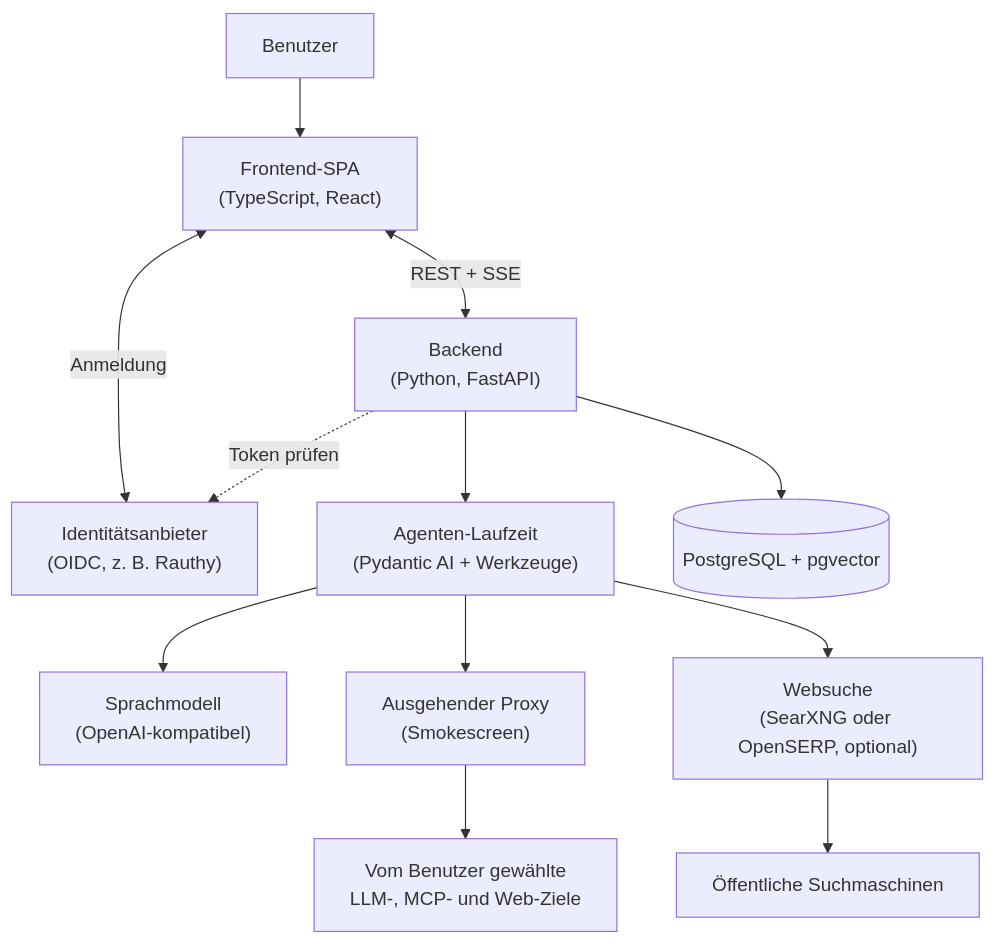
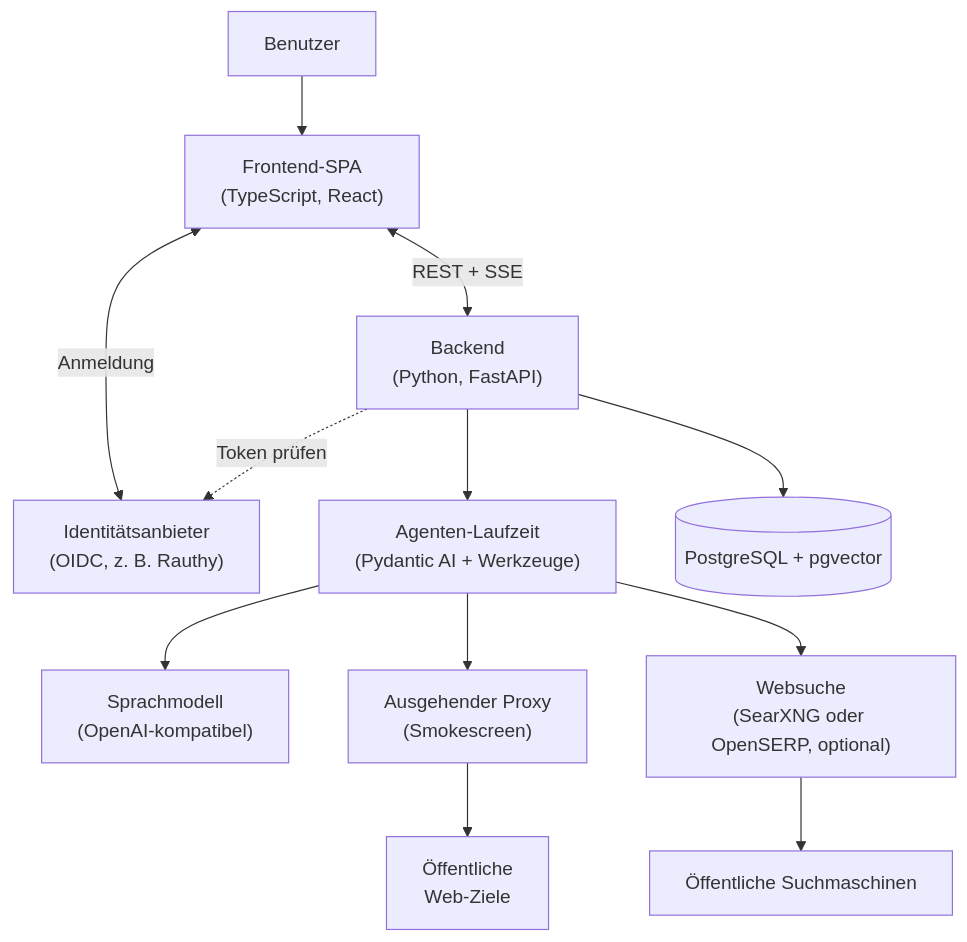
The diagram in docs/src/de/architecture.md (dfki-ebls/hivegent), drawn with Mermaid before and after one commit. The commit also changed other lines of this file and 22 other files, not shown here.

Commit message:
docs: document subagents, plugins, rate limits, audiences, upgrading, and roadmap

````diff
--- a/docs/src/de/architecture.md
+++ b/docs/src/de/architecture.md
@@ -6,26 +6,26 @@
 ```mermaid
 flowchart TD
     user[Benutzer]
     browser["Frontend-SPA<br/>(TypeScript, React)"]
     oidc["Identitätsanbieter<br/>(OIDC, z. B. Rauthy)"]
     backend["Backend<br/>(Python, FastAPI)"]
     agent["Agenten-Laufzeit<br/>(Pydantic AI + Werkzeuge)"]
     db[("PostgreSQL + pgvector")]
     llm["Sprachmodell<br/>(OpenAI-kompatibel)"]
     search["Websuche<br/>(SearXNG oder OpenSERP, optional)"]
     egress["Ausgehender Proxy<br/>(Smokescreen)"]
-    external["Vom Benutzer gewählte<br/>LLM-, MCP- und Web-Ziele"]
+    external["Öffentliche<br/>Web-Ziele"]
     engines["Öffentliche Suchmaschinen"]
 
     user --> browser
     browser <-->|Anmeldung| oidc
     browser <-->|REST + SSE| backend
     backend -.->|Token prüfen| oidc
     backend --> agent
     agent --> llm
     agent --> egress
     agent --> search
     search --> engines
     egress --> external
     backend --> db
 ```
````
